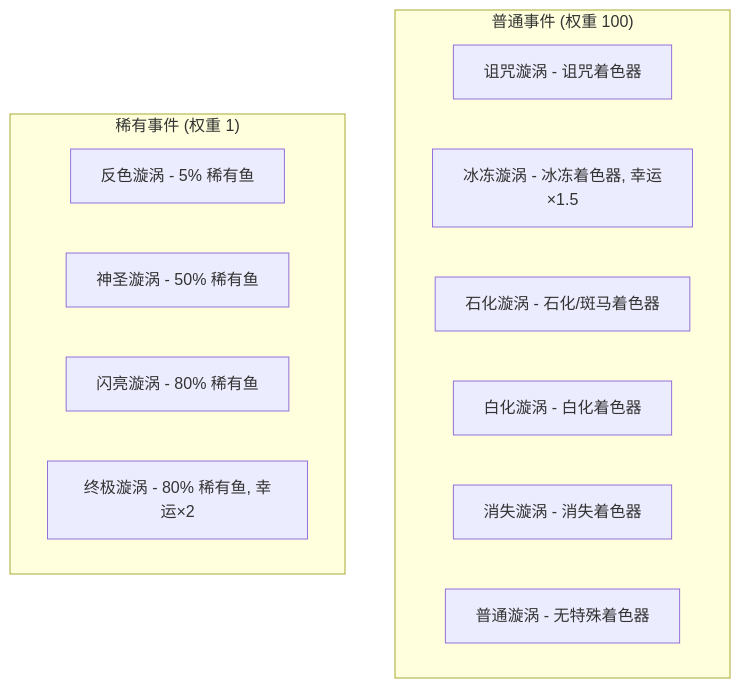
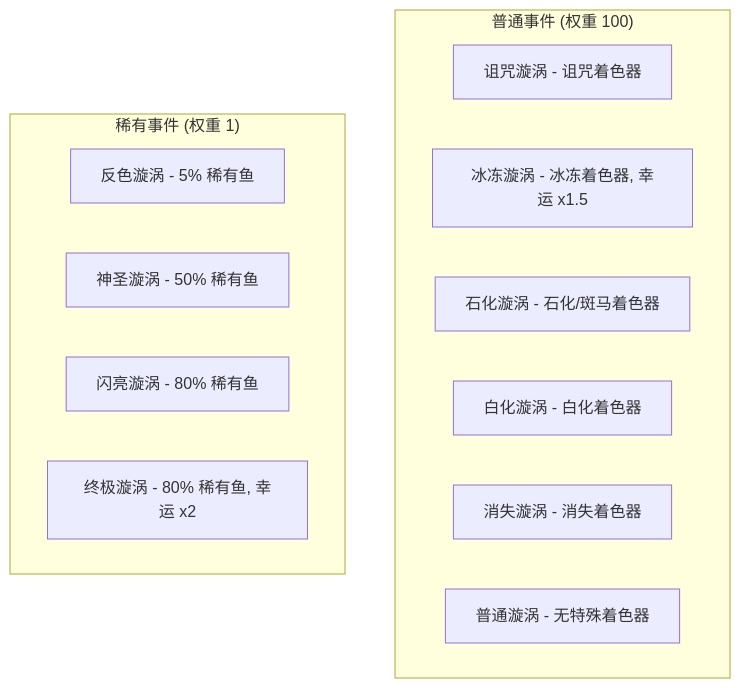
Before and after one commit to SeaLoong/Fish-Udon-Raw-Ilcode: the ninth of 12 diagrams in docs/gamedata-zh.md, drawn with Mermaid. The commit also changed other lines of this file and 7 other files, not shown here.

````diff
--- a/docs/gamedata-zh.md
+++ b/docs/gamedata-zh.md
@@ -453,17 +445,17 @@
 ```mermaid
 flowchart TD
-    subgraph 普通事件["普通事件 (权重 100)"]
+    subgraph CommonEvents["普通事件 (权重 100)"]
         E1["诅咒漩涡 - 诅咒着色器"]
-        E2["冰冻漩涡 - 冰冻着色器, 幸运×1.5"]
+        E2["冰冻漩涡 - 冰冻着色器, 幸运 x1.5"]
         E3["石化漩涡 - 石化/斑马着色器"]
         E4["白化漩涡 - 白化着色器"]
         E5["消失漩涡 - 消失着色器"]
         E6["普通漩涡 - 无特殊着色器"]
     end
-    subgraph 稀有事件["稀有事件 (权重 1)"]
+    subgraph RareEvents["稀有事件 (权重 1)"]
         E7["反色漩涡 - 5% 稀有鱼"]
         E8["神圣漩涡 - 50% 稀有鱼"]
         E9["闪亮漩涡 - 80% 稀有鱼"]
-        E10["终极漩涡 - 80% 稀有鱼, 幸运×2"]
+        E10["终极漩涡 - 80% 稀有鱼, 幸运 x2"]
     end
 ```
````
